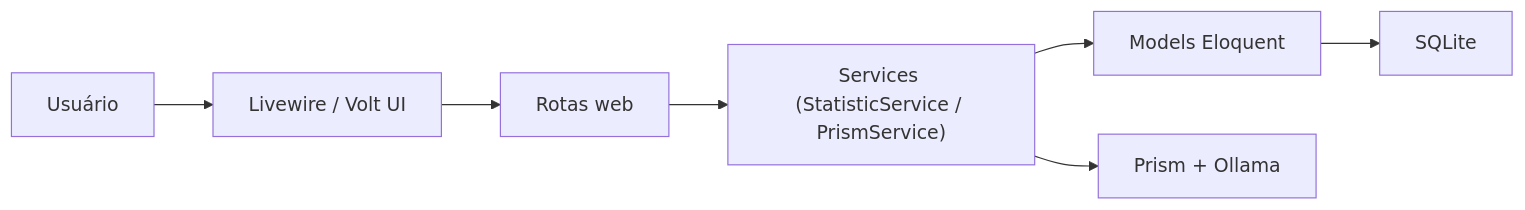
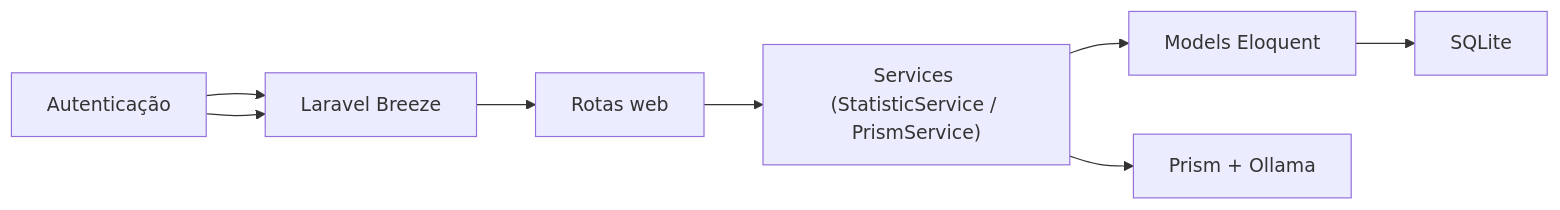
One commit to henrikeSilva93/car-app changed the diagram in README.md. Above: the diagram before and after it, drawn with Mermaid. The commit also changed other lines of this file, not shown here.

````diff
--- a/README.md
+++ b/README.md
@@ -70,9 +70,10 @@
 ```mermaid
 flowchart LR
     U["Usuário"] --> V["Livewire / Volt UI"]
+    U["Autenticação"] --> V["Laravel Breeze"]
     V --> R["Rotas web"]
     R --> S["Services (StatisticService / PrismService)"]
     S --> M["Models Eloquent"]
     M --> D["SQLite"]
     S --> AI["Prism + Ollama"]
 ```
````
